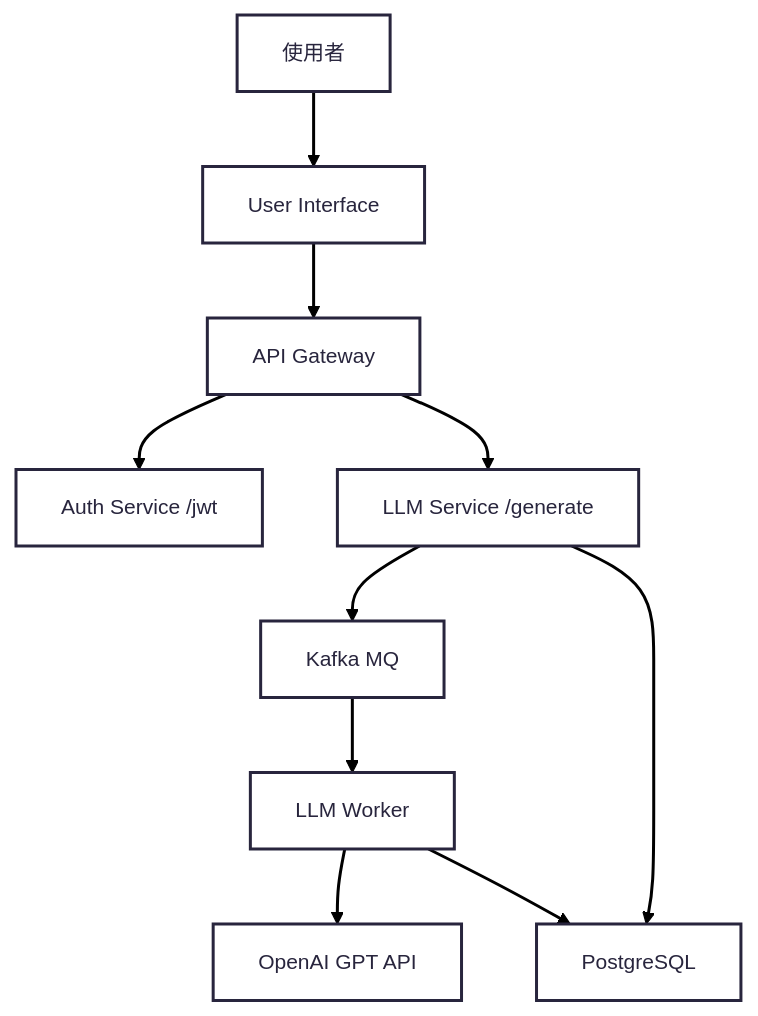
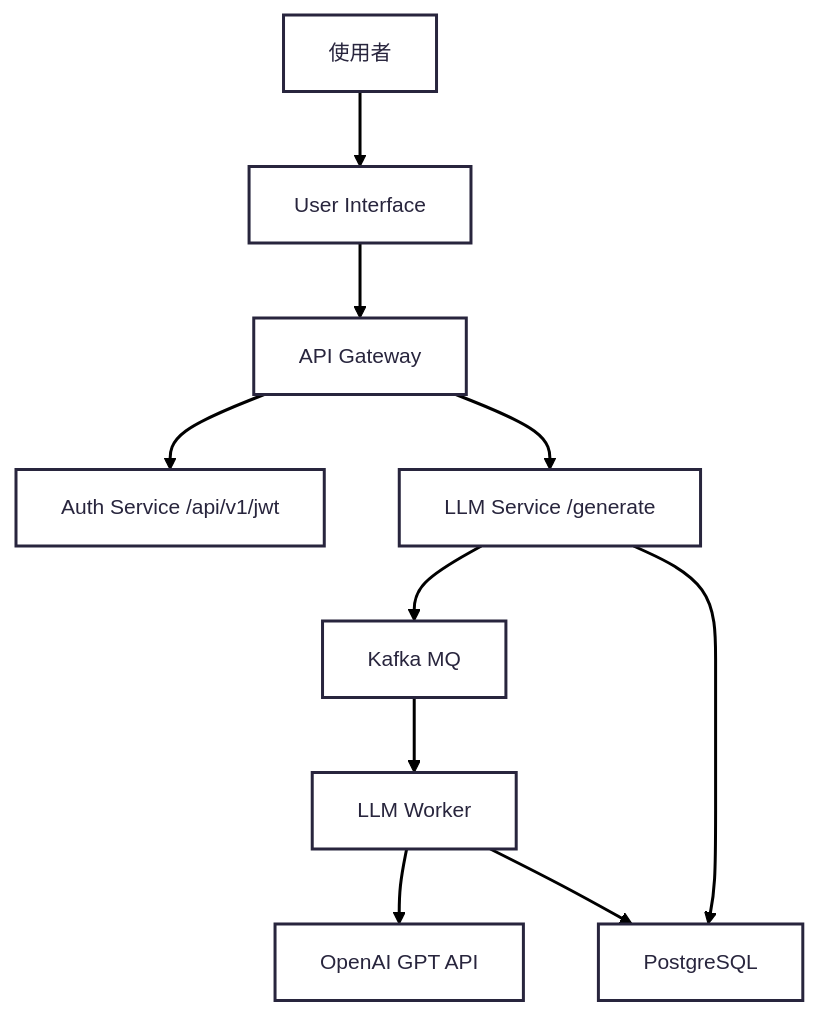
The diagram in Architecture.mmd (yuyaun/email-analyzer-ian), drawn with Mermaid before and after one commit. The commit also changed 9 other files, not shown here.

```diff
--- a/Architecture.mmd
+++ b/Architecture.mmd
@@ -1,14 +1,14 @@
 ---
 config:
       theme: redux
 ---
 flowchart TD
     U[使用者] --> FE[User Interface]
     FE --> GW[API Gateway]
-    GW --> JWT[Auth Service /jwt]
+    GW --> JWT[Auth Service /api/v1/jwt]
     GW --> GEN[LLM Service /generate]
     GEN --> Q[Kafka MQ]
     Q --> Worker[LLM Worker]
     Worker --> LLM[OpenAI GPT API]
     Worker --> DB[PostgreSQL]
     GEN --> DB
```
